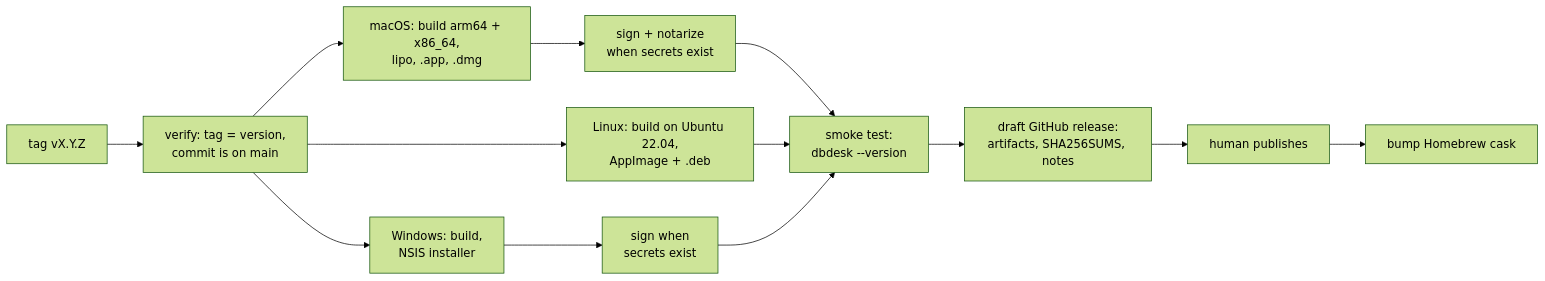
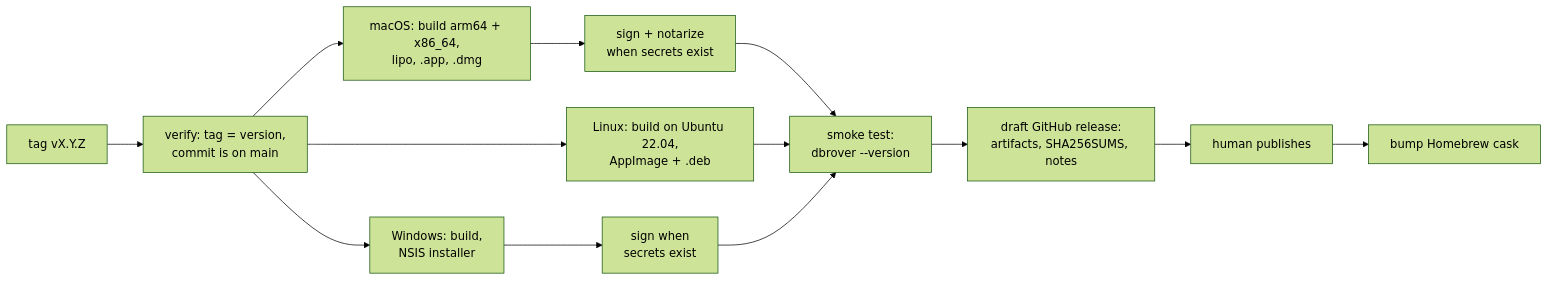
Before and after one commit to navasvarela/dbdesk: the diagram in docs/releasing.md, drawn with Mermaid (forest theme). The commit also changed other lines of this file and 697 other files, not shown here.

````diff
--- a/docs/releasing.md
+++ b/docs/releasing.md
@@ -36,15 +36,15 @@
 ```mermaid
 flowchart LR
     T[tag vX.Y.Z] --> V[verify: tag = version,<br/>commit is on main]
     V --> M[macOS: build arm64 + x86_64,<br/>lipo, .app, .dmg]
     V --> L[Linux: build on Ubuntu 22.04,<br/>AppImage + .deb]
     V --> W[Windows: build,<br/>NSIS installer]
     M --> S[sign + notarize<br/>when secrets exist]
     W --> S2[sign when<br/>secrets exist]
-    S --> K[smoke test:<br/>dbdesk --version]
+    S --> K[smoke test:<br/>dbrover --version]
     L --> K
     S2 --> K
     K --> R[draft GitHub release:<br/>artifacts, SHA256SUMS, notes]
     R --> P[human publishes]
     P --> H[bump Homebrew cask]
 ```
````
